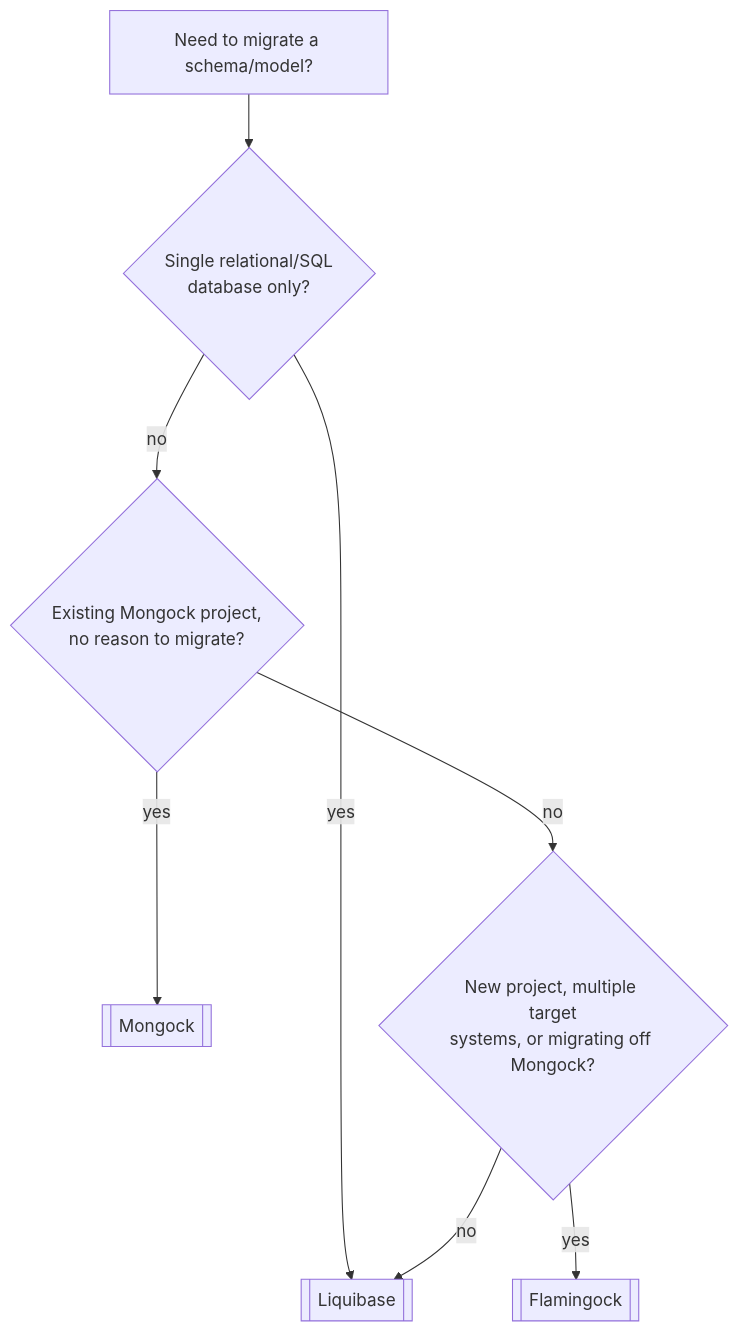
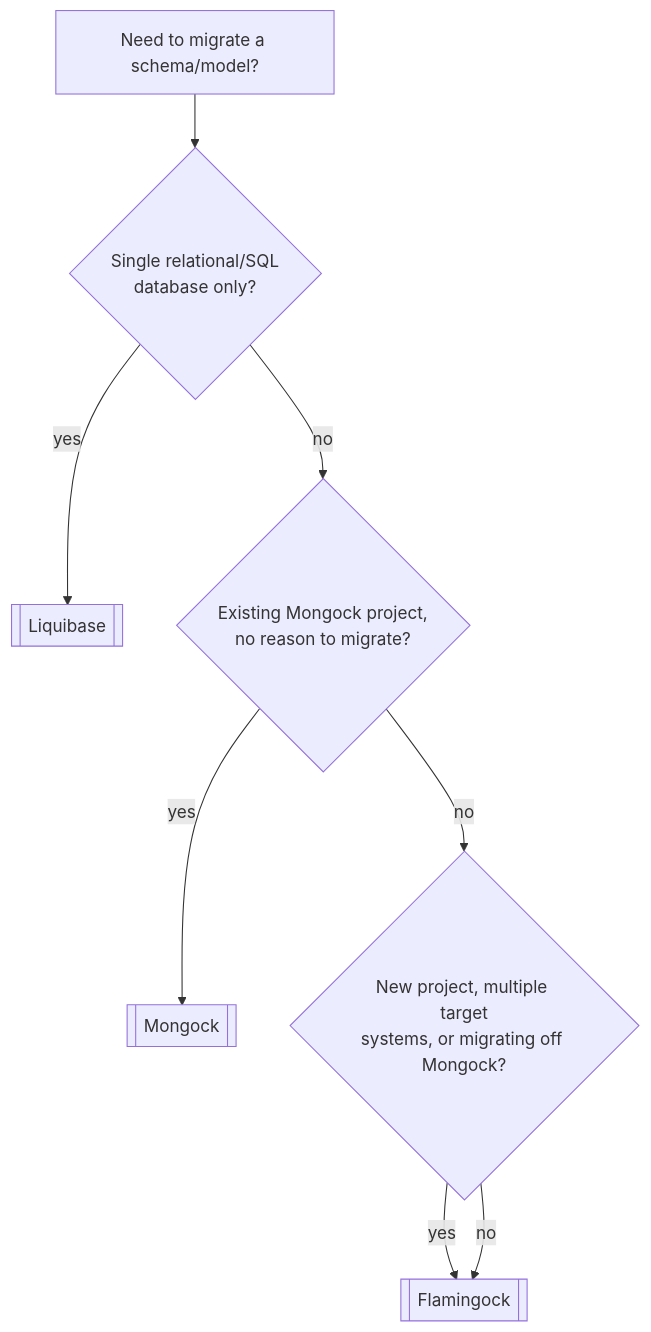
Before and after one commit to albertoirurueta/docs: the diagram in modules/ROOT/pages/database/schema-evolution/choosing-a-migration-tool.adoc, drawn with Mermaid. The commit also changed other lines of this file and 5 other files, not shown here.

First line of the commit message:
Address PR #52 review: reconcile checksum/systemVersion/targetSystem claims, fix flowchart and anchor bugs

```diff
--- a/modules/ROOT/pages/database/schema-evolution/choosing-a-migration-tool.adoc
+++ b/modules/ROOT/pages/database/schema-evolution/choosing-a-migration-tool.adoc
@@ -56,11 +58,11 @@
 [mermaid]
 ....
 flowchart TD
     Start[Need to migrate a schema/model?] --> Q1{Single relational/SQL<br/>database only?}
     Q1 -->|yes| Liquibase[["Liquibase"]]
     Q1 -->|no| Q2{Existing Mongock project,<br/>no reason to migrate?}
     Q2 -->|yes| Mongock[["Mongock"]]
     Q2 -->|no| Q3{New project, multiple target<br/>systems, or migrating off Mongock?}
     Q3 -->|yes| Flamingock[["Flamingock"]]
-    Q3 -->|no| Liquibase
+    Q3 -->|no| Flamingock
 ....
```
